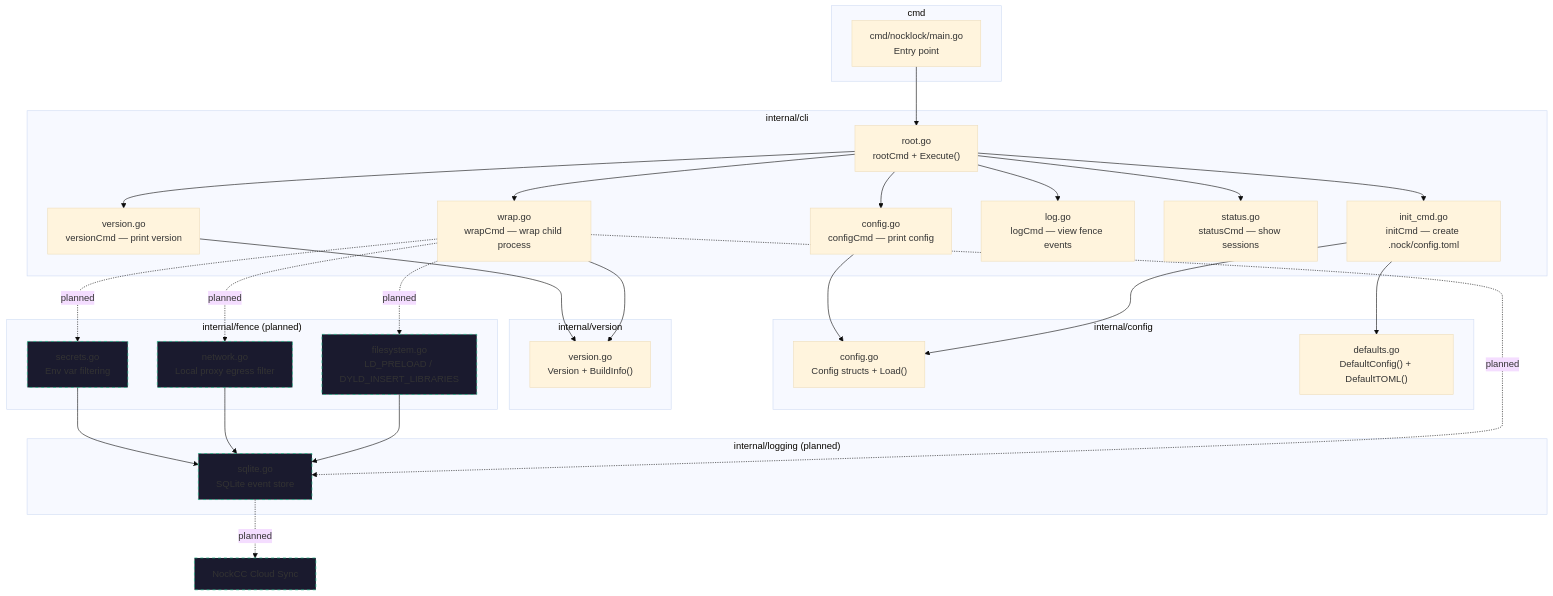
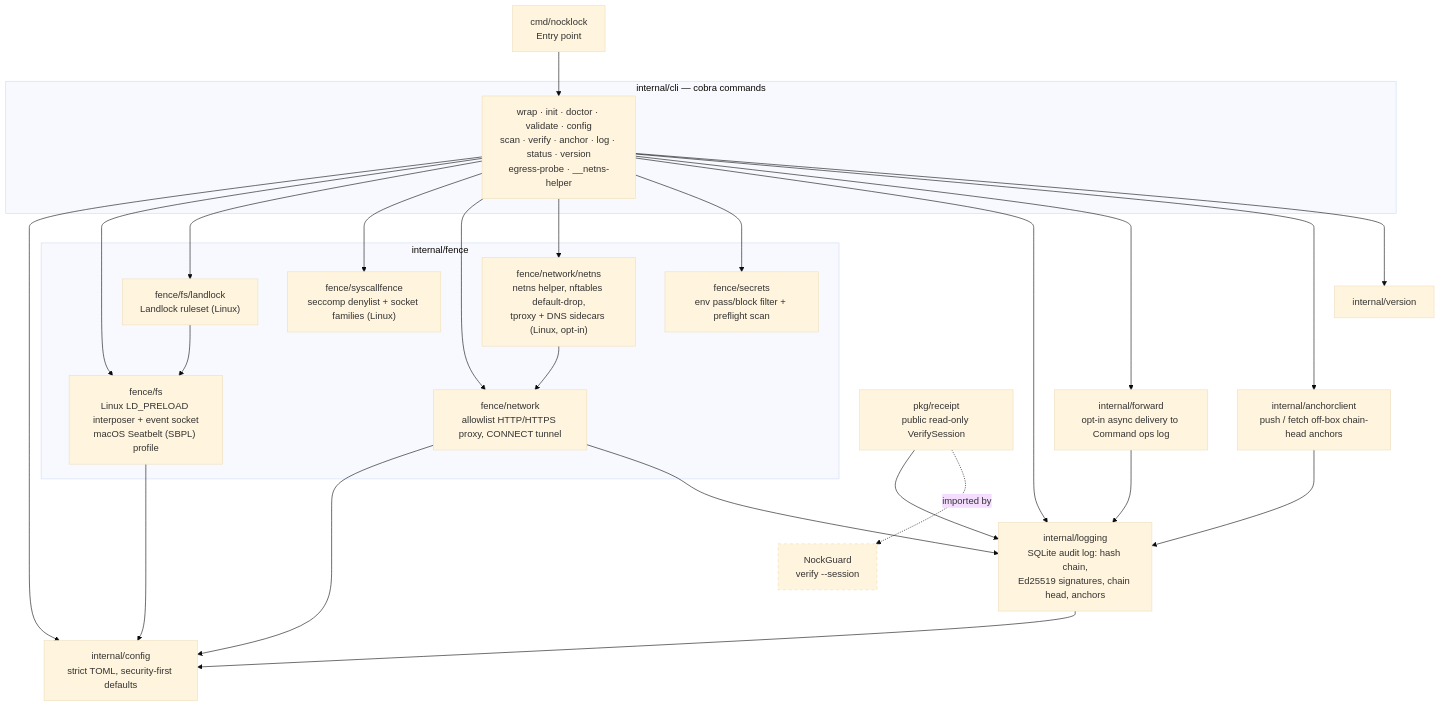
Before and after one commit to nocktechnologies/nocklock: the diagram in .claude/diagrams/architecture.mermaid, drawn with Mermaid (base theme). The commit also changed 5 other files, not shown here.

First line of the commit message:
docs: replace stale Mermaid diagrams with the shipped v0.6.1 design (#158)

```diff
--- a/.claude/diagrams/architecture.mermaid
+++ b/.claude/diagrams/architecture.mermaid
@@ -1,64 +1,54 @@
 %% NockLock — Package Architecture
-%% Shows package structure and dependency relationships
+%% Package dependencies as of v0.6.1 (from `go list` imports).
+%% cli is the only package that wires fences together; fence packages do not import each other, except
+%% landlock → fs and netns → network (sub-packages of their parent fence).
 
 graph TD
-    subgraph "cmd"
-        main["cmd/nocklock/main.go<br/>Entry point"]
+    main["cmd/nocklock<br/>Entry point"] --> cli
+
+    subgraph "internal/cli — cobra commands"
+        cli["wrap · init · doctor · validate · config<br/>scan · verify · anchor · log · status · version<br/>egress-probe · __netns-helper"]
     end
 
-    subgraph "internal/cli"
-        root["root.go<br/>rootCmd + Execute()"]
-        wrap["wrap.go<br/>wrapCmd — wrap child process"]
-        init_cmd["init_cmd.go<br/>initCmd — create .nock/config.toml"]
-        config_cmd["config.go<br/>configCmd — print config"]
-        log_cmd["log.go<br/>logCmd — view fence events"]
-        status_cmd["status.go<br/>statusCmd — show sessions"]
-        version_cmd["version.go<br/>versionCmd — print version"]
+    subgraph "internal/fence"
+        fs["fence/fs<br/>Linux LD_PRELOAD interposer + event socket<br/>macOS Seatbelt (SBPL) profile"]
+        landlock["fence/fs/landlock<br/>Landlock ruleset (Linux)"]
+        sys["fence/syscallfence<br/>seccomp denylist + socket families (Linux)"]
+        net["fence/network<br/>allowlist HTTP/HTTPS proxy, CONNECT tunnel"]
+        netns["fence/network/netns<br/>netns helper, nftables default-drop,<br/>tproxy + DNS sidecars (Linux, opt-in)"]
+        sec["fence/secrets<br/>env pass/block filter + preflight scan"]
     end
 
-    subgraph "internal/config"
-        config["config.go<br/>Config structs + Load()"]
-        defaults["defaults.go<br/>DefaultConfig() + DefaultTOML()"]
-    end
+    config["internal/config<br/>strict TOML, security-first defaults"]
+    logging["internal/logging<br/>SQLite audit log: hash chain,<br/>Ed25519 signatures, chain head, anchors"]
+    forward["internal/forward<br/>opt-in async delivery to Command ops log"]
+    anchorclient["internal/anchorclient<br/>push / fetch off-box chain-head anchors"]
+    version["internal/version"]
+    receipt["pkg/receipt<br/>public read-only VerifySession"]
 
-    subgraph "internal/version"
-        version["version.go<br/>Version + BuildInfo()"]
-    end
+    cli --> config
+    cli --> fs
+    cli --> landlock
+    cli --> sys
+    cli --> net
+    cli --> netns
+    cli --> sec
+    cli --> logging
+    cli --> forward
+    cli --> anchorclient
+    cli --> version
 
-    subgraph "internal/fence (planned)"
-        fs_fence["filesystem.go<br/>LD_PRELOAD / DYLD_INSERT_LIBRARIES"]
-        net_fence["network.go<br/>Local proxy egress filter"]
-        sec_fence["secrets.go<br/>Env var filtering"]
-    end
+    fs --> config
+    landlock --> fs
+    netns --> net
+    net --> config
+    net --> logging
+    logging --> config
+    forward --> logging
+    anchorclient --> logging
+    receipt --> logging
 
-    subgraph "internal/logging (planned)"
-        sqlite["sqlite.go<br/>SQLite event store"]
-    end
+    receipt -.->|"imported by"| nockguard["NockGuard<br/>verify --session"]
 
-    main --> root
-    root --> wrap
-    root --> init_cmd
-    root --> config_cmd
-    root --> log_cmd
-    root --> status_cmd
-    root --> version_cmd
-
-    wrap --> version
-    version_cmd --> version
-    init_cmd --> config
-    init_cmd --> defaults
-    config_cmd --> config
-
-    wrap -.->|"planned"| fs_fence
-    wrap -.->|"planned"| net_fence
-    wrap -.->|"planned"| sec_fence
-    wrap -.->|"planned"| sqlite
-
-    fs_fence --> sqlite
-    net_fence --> sqlite
-    sec_fence --> sqlite
-
-    sqlite -.->|"planned"| cloud["NockCC Cloud Sync"]
-
-    classDef planned fill:#1a1a2e,stroke:#10B981,stroke-dasharray: 5 5
-    class fs_fence,net_fence,sec_fence,sqlite,cloud planned
+    classDef external stroke-dasharray: 5 5
+    class nockguard external
```
